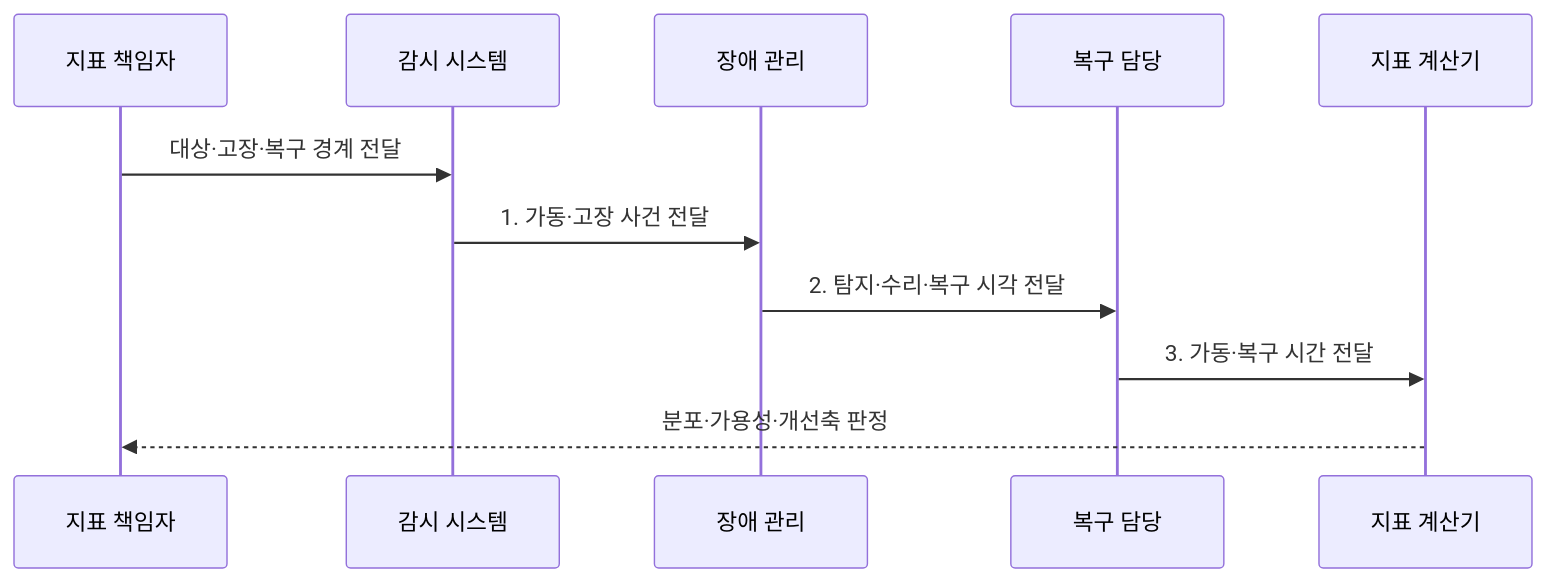
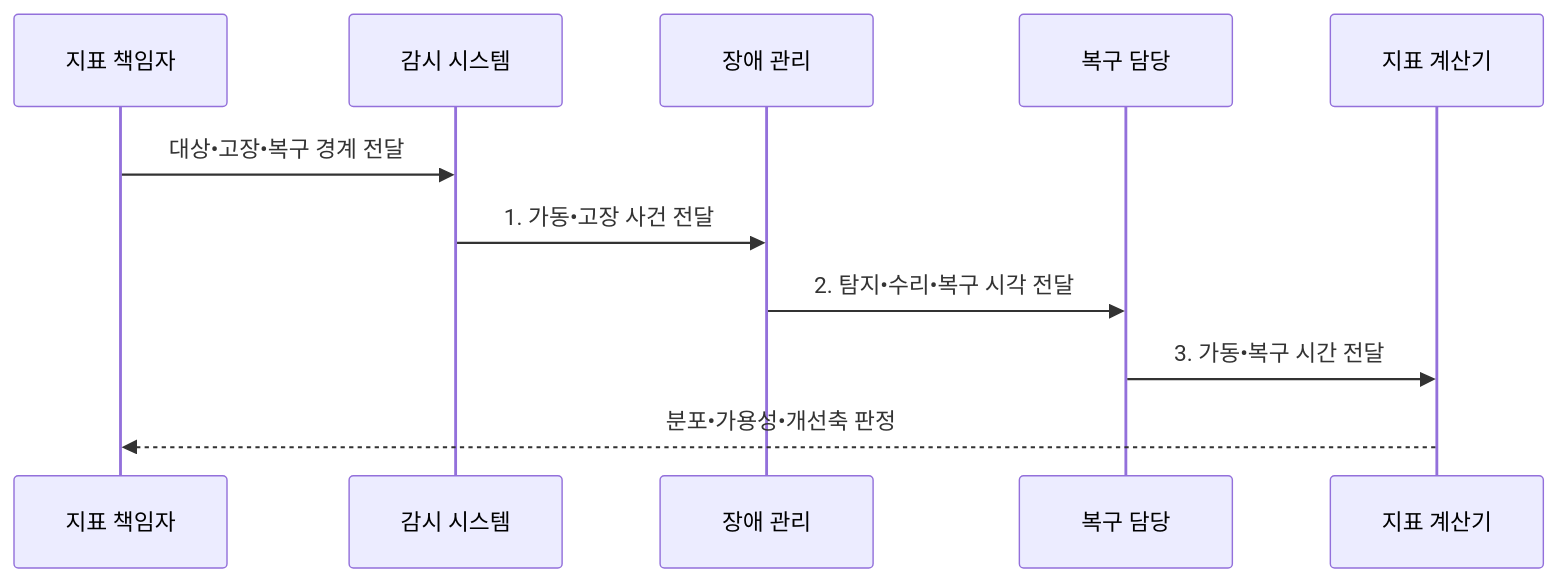
One commit to agnusdei1207/knowledge-base changed the second of 2 diagrams in src/content/docs/notes/06-evaluation/012_reliability_metrics_mtbf_mttr.md. Above: the diagram before and after it, drawn with Mermaid. The commit also changed other lines of this file and 953 other files, not shown here.

````diff
--- a/src/content/docs/notes/06-evaluation/012_reliability_metrics_mtbf_mttr.md
+++ b/src/content/docs/notes/06-evaluation/012_reliability_metrics_mtbf_mttr.md
@@ -101,13 +101,13 @@
 ```mermaid
 sequenceDiagram
   participant O as 지표 책임자
   participant M as 감시 시스템
   participant I as 장애 관리
   participant R as 복구 담당
   participant C as 지표 계산기
-  O->>M: 대상·고장·복구 경계 전달
-  M->>I: 1. 가동·고장 사건 전달
-  I->>R: 2. 탐지·수리·복구 시각 전달
-  R->>C: 3. 가동·복구 시간 전달
-  C-->>O: 분포·가용성·개선축 판정
+  O->>M: 대상•고장•복구 경계 전달
+  M->>I: 1. 가동•고장 사건 전달
+  I->>R: 2. 탐지•수리•복구 시각 전달
+  R->>C: 3. 가동•복구 시간 전달
+  C-->>O: 분포•가용성•개선축 판정
 ```
````
